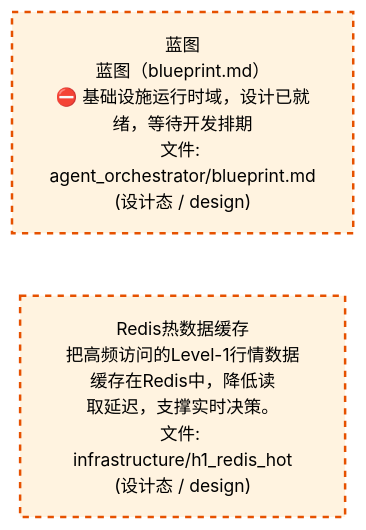
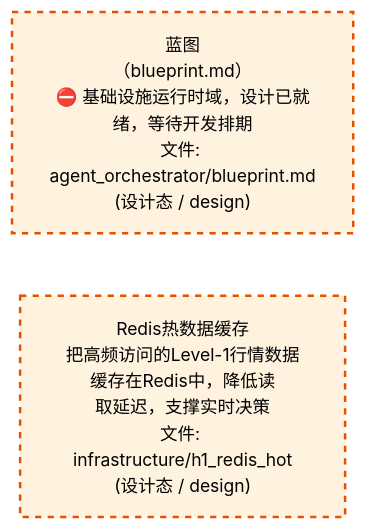
Before and after one commit to xuanFelixVan/ZephyrAlpha: the third of 4 diagrams in docs/02_enterprise_architecture/02_domain_architecture_docs/06_d_infra_runtime.md, drawn with Mermaid. The commit also changed other lines of this file and 63 other files, not shown here.

````diff
--- a/docs/02_enterprise_architecture/02_domain_architecture_docs/06_d_infra_runtime.md
+++ b/docs/02_enterprise_architecture/02_domain_architecture_docs/06_d_infra_runtime.md
@@ -1057,12 +1058,12 @@
 ```mermaid
 %%{init: {'theme': 'base', 'themeVariables': {'primaryColor': '#eaeaea', 'primaryTextColor': '#333333', 'primaryBorderColor': '#666666', 'lineColor': '#666666', 'secondaryColor': '#eaeaea', 'tertiaryColor': '#eaeaea', 'fontSize': '14px'}}}%%
 flowchart TD
-    docs_03_modules_cross_layer_agent_orchestrator_blueprint_md["蓝图<br/>蓝图（blueprint.md）<br/>⛔ 基础设施运行时域，设计已就绪，等待开发排期<br/>文件: agent_orchestrator/blueprint.md<br/>(设计态 / design)"]
-    src_zephyr_infrastructure_h1_redis_hot["Redis热数据缓存<br/>把高频访问的Level-1行情数据缓存在Redis中，降低读<br/>取延迟，支撑实时决策。<br/>文件: infrastructure/h1_redis_hot<br/>(设计态 / design)"]
+    docs_03_modules_cross_layer_agent_orchestrator_blueprint_md["蓝图<br/>（blueprint.md）<br/>⛔ 基础设施运行时域，设计已就绪，等待开发排期<br/>文件: agent_orchestrator/blueprint.md<br/>(设计态 / design)"]
+    src_zephyr_infrastructure_h1_redis_hot["Redis热数据缓存<br/>把高频访问的Level-1行情数据缓存在Redis中，降低读<br/>取延迟，支撑实时决策<br/>文件: infrastructure/h1_redis_hot<br/>(设计态 / design)"]
     docs_03_modules_cross_layer_agent_orchestrator_blueprint_md ~~~ src_zephyr_infrastructure_h1_redis_hot
     classDef production fill:#e1f5fe,stroke:#01579b,stroke-width:2px,color:#000
     classDef design fill:#fff3e0,stroke:#e65100,stroke-width:2px,color:#000,stroke-dasharray: 5 5
     classDef external_prod fill:#e8f4fd,stroke:#0277bd,stroke-width:1px,color:#000
     classDef external_design fill:#fff8e7,stroke:#ef6c00,stroke-width:1px,color:#000,stroke-dasharray: 5 5
     class docs_03_modules_cross_layer_agent_orchestrator_blueprint_md,src_zephyr_infrastructure_h1_redis_hot design
 ```
````
